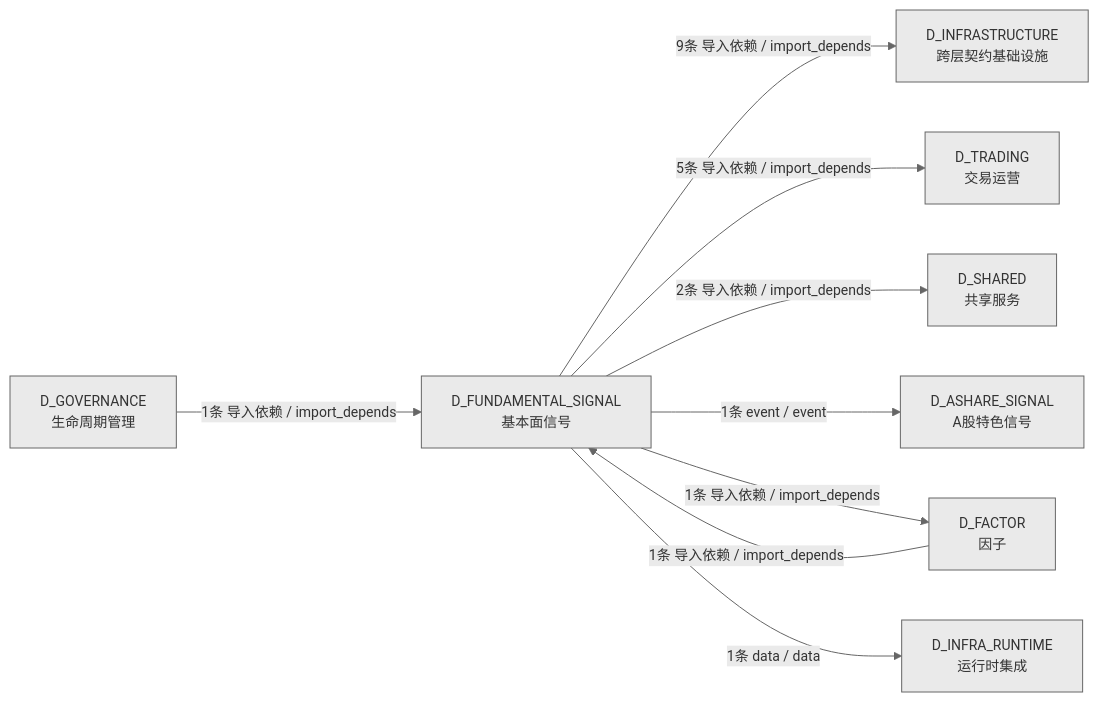
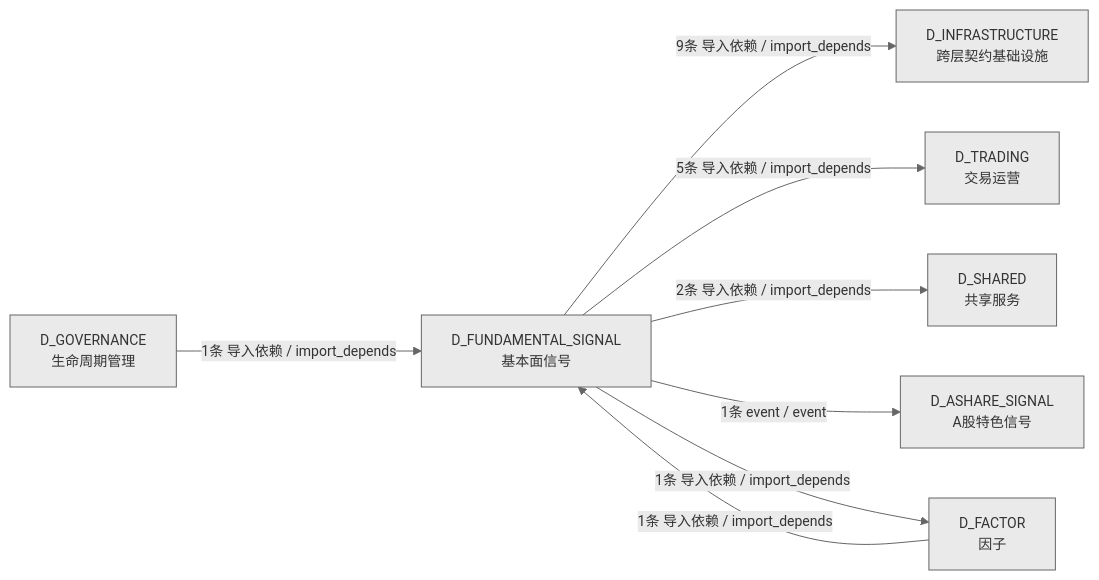
One commit to xuanFelixVan/ZephyrAlpha changed the fourth of 4 diagrams in docs/02_enterprise_architecture/02_domain_architecture_docs/48_d_fundamental_signal.md. Above: the diagram before and after it, drawn with Mermaid. The commit also changed other lines of this file and 62 other files, not shown here.

````diff
--- a/docs/02_enterprise_architecture/02_domain_architecture_docs/48_d_fundamental_signal.md
+++ b/docs/02_enterprise_architecture/02_domain_architecture_docs/48_d_fundamental_signal.md
@@ -213,20 +211,18 @@
 ```mermaid
 %%{init: {'theme': 'base', 'themeVariables': {'primaryColor': '#eaeaea', 'primaryTextColor': '#333333', 'primaryBorderColor': '#666666', 'lineColor': '#666666', 'secondaryColor': '#eaeaea', 'tertiaryColor': '#eaeaea', 'fontSize': '14px'}}}%%
 graph LR
     D_FUNDAMENTAL_SIGNAL["D_FUNDAMENTAL_SIGNAL<br/>基本面信号"]
     D_INFRASTRUCTURE["D_INFRASTRUCTURE<br/>跨层契约基础设施"]
     D_TRADING["D_TRADING<br/>交易运营"]
     D_SHARED["D_SHARED<br/>共享服务"]
     D_ASHARE_SIGNAL["D_ASHARE_SIGNAL<br/>A股特色信号"]
     D_FACTOR["D_FACTOR<br/>因子"]
-    D_INFRA_RUNTIME["D_INFRA_RUNTIME<br/>运行时集成"]
     D_GOVERNANCE["D_GOVERNANCE<br/>生命周期管理"]
     D_FUNDAMENTAL_SIGNAL -->|9条 导入依赖 / import_depends| D_INFRASTRUCTURE
     D_FUNDAMENTAL_SIGNAL -->|5条 导入依赖 / import_depends| D_TRADING
     D_FUNDAMENTAL_SIGNAL -->|2条 导入依赖 / import_depends| D_SHARED
     D_FUNDAMENTAL_SIGNAL -->|1条 event / event| D_ASHARE_SIGNAL
     D_FUNDAMENTAL_SIGNAL -->|1条 导入依赖 / import_depends| D_FACTOR
-    D_FUNDAMENTAL_SIGNAL -->|1条 data / data| D_INFRA_RUNTIME
     D_FACTOR -->|1条 导入依赖 / import_depends| D_FUNDAMENTAL_SIGNAL
     D_GOVERNANCE -->|1条 导入依赖 / import_depends| D_FUNDAMENTAL_SIGNAL
 ```
````
